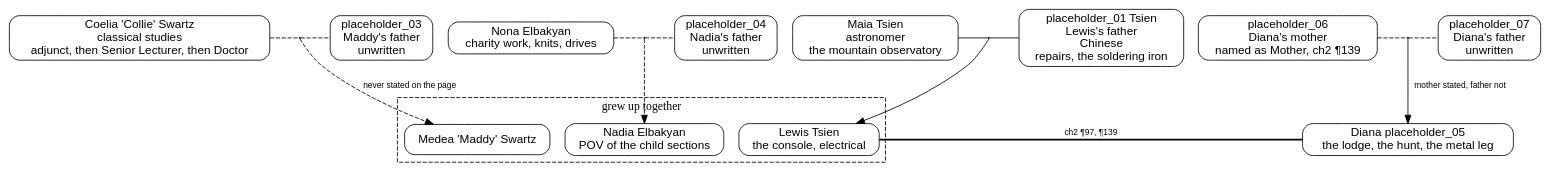
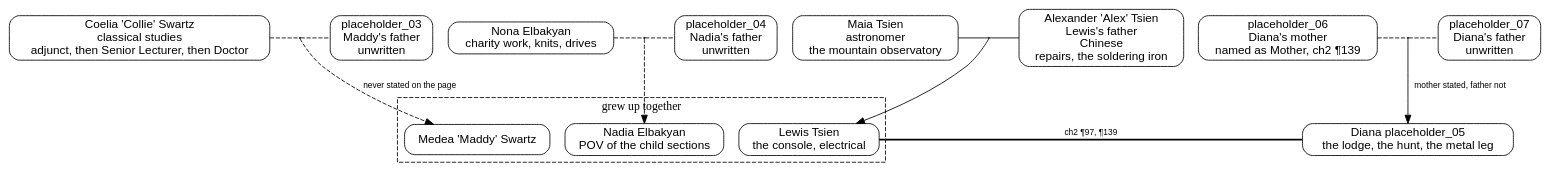
One commit to terraceonhigh/fiatLux changed the diagram in canon/pedigree.dot. Above: the diagram before and after it, drawn with Graphviz. The commit also changed 2 other files, not shown here.

```diff
--- a/canon/pedigree.dot
+++ b/canon/pedigree.dot
@@ -1,62 +1,62 @@
 // Pedigree — chapters one and two. Each couple flanks a union point (marriage/pairing bar);
 // the child hangs off that point, genogram-style, instead of two parents fanning in.
 // Solid = stated in the prose. Dashed = implied and never written on the page.
 // Bold, no arrowhead = a romance the prose states outright, short of marriage.
 // Diana's household enters in chapter two and descends from none of the three women.
 digraph pedigree {
     rankdir=TB;
     node [shape=box, style=rounded, fontname="Helvetica"];
     edge [fontname="Helvetica", fontsize=10];
 
     // Declaration order sets left-to-right position on the rank, so it is the
     // layout: the two flatmate households whose children stayed in the flat,
     // then Lewis's, then Diana's — the outsider — at the far end, next to his.
     Collie      [label="Coelia 'Collie' Swartz\nclassical studies\nadjunct, then Senior Lecturer, then Doctor"];
     MaddyFather [label="placeholder_03\nMaddy's father\nunwritten"];
     Nona        [label="Nona Elbakyan\ncharity work, knits, drives"];
     NadiaFather [label="placeholder_04\nNadia's father\nunwritten"];
     Maia        [label="Maia Tsien\nastronomer\nthe mountain observatory"];
-    Husband     [label="placeholder_01 Tsien\nLewis's father\nChinese\nrepairs, the soldering iron"];
+    Husband     [label="Alexander 'Alex' Tsien\nLewis's father\nChinese\nrepairs, the soldering iron"];
     DianaMother [label="placeholder_06\nDiana's mother\nnamed as Mother, ch2 ¶139"];
     DianaFather [label="placeholder_07\nDiana's father\nunwritten"];
 
     node [shape=point, width=0.02, label=""];
     u_maddy; u_nadia; u_lewis; u_diana;
 
     // Membership only — dot orders this row by declaration order above, not by
     // the order listed here.
     { rank=same; Collie; u_maddy; MaddyFather; Nona; u_nadia; NadiaFather; Maia; u_lewis; Husband; DianaMother; u_diana; DianaFather; }
 
     Maia   -> u_lewis     [dir=none];
     u_lewis -> Husband    [dir=none];
 
     Collie -> u_maddy     [dir=none, style=dashed];
     u_maddy -> MaddyFather [dir=none, style=dashed];
 
     Nona   -> u_nadia     [dir=none, style=dashed];
     u_nadia -> NadiaFather [dir=none, style=dashed];
 
     DianaMother -> u_diana [dir=none, style=dashed];
     u_diana -> DianaFather [dir=none, style=dashed];
 
     node [shape=box, style=rounded];
 
     // Outside the cluster on purpose — Diana did not grow up in the flat.
     // Declared before it so she lands beside Lewis rather than past Nadia.
     Diana [label="Diana placeholder_05\nthe lodge, the hunt, the metal leg"];
 
     subgraph cluster_kids {
         label="grew up together";
         style=dashed;
         Lewis [label="Lewis Tsien\nthe console, electrical"];
         Medea [label="Medea 'Maddy' Swartz"];
         Nadia [label="Nadia Elbakyan\nPOV of the child sections"];
     }
 
     u_lewis -> Lewis;
     u_maddy -> Medea [style=dashed, label="never stated on the page"];
     u_nadia -> Nadia [style=dashed];
     u_diana -> Diana [label="mother stated, father not"];
 
     Lewis -> Diana [dir=none, style=bold, constraint=false, label="ch2 ¶97, ¶139"];
 }
```
